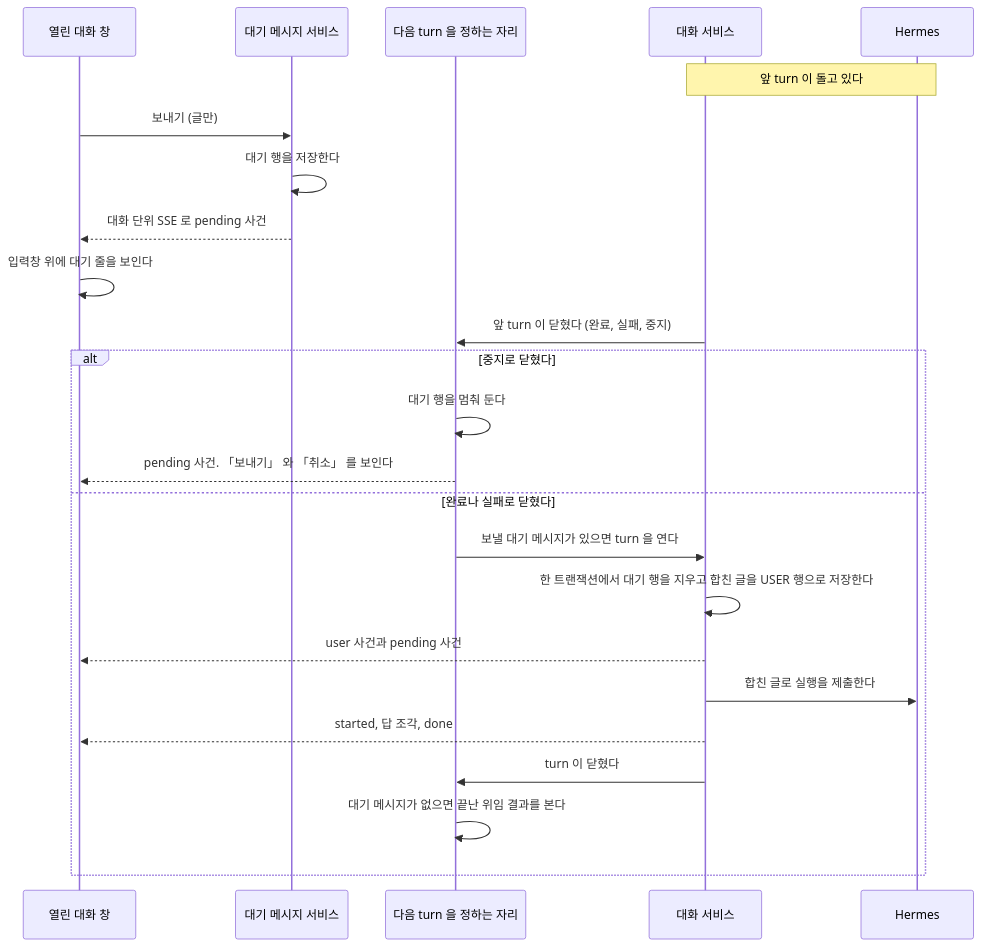
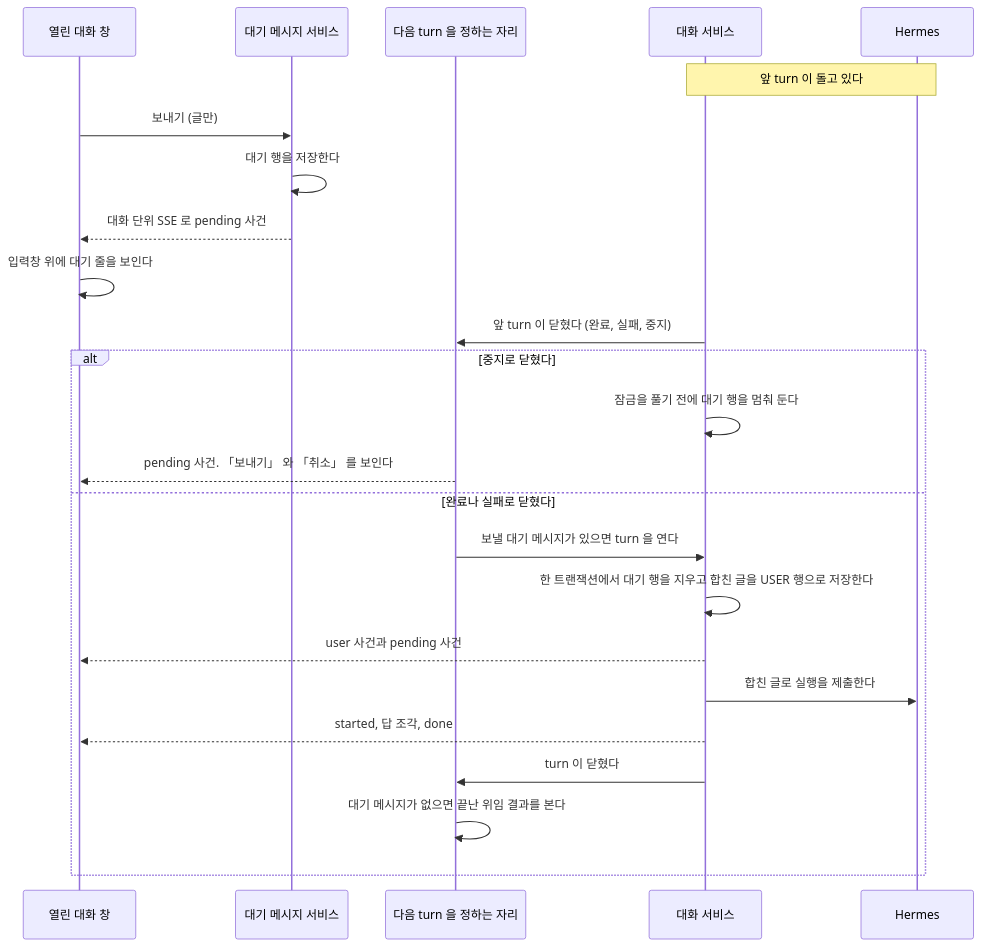
One commit to jon890/fos-assistant changed diagram 25 of 29 in docs/flow.md. Above: the diagram before and after it, drawn with Mermaid. The commit also changed other lines of this file and 6 other files, not shown here.

````diff
--- a/docs/flow.md
+++ b/docs/flow.md
@@ -1532,27 +1532,27 @@
 ```mermaid
 sequenceDiagram
     participant U as 열린 대화 창
     participant P as 대기 메시지 서비스
     participant N as 다음 turn 을 정하는 자리
     participant S as 대화 서비스
     participant H as Hermes
 
     Note over S,H: 앞 turn 이 돌고 있다
     U->>P: 보내기 (글만)
     P->>P: 대기 행을 저장한다
     P-->>U: 대화 단위 SSE 로 pending 사건
     U->>U: 입력창 위에 대기 줄을 보인다
     S->>N: 앞 turn 이 닫혔다 (완료, 실패, 중지)
     alt 중지로 닫혔다
-        N->>N: 대기 행을 멈춰 둔다
+        S->>S: 잠금을 풀기 전에 대기 행을 멈춰 둔다
         N-->>U: pending 사건. 「보내기」 와 「취소」 를 보인다
     else 완료나 실패로 닫혔다
         N->>S: 보낼 대기 메시지가 있으면 turn 을 연다
         S->>S: 한 트랜잭션에서 대기 행을 지우고 합친 글을 USER 행으로 저장한다
         S-->>U: user 사건과 pending 사건
         S->>H: 합친 글로 실행을 제출한다
         S-->>U: started, 답 조각, done
         S->>N: turn 이 닫혔다
         N->>N: 대기 메시지가 없으면 끝난 위임 결과를 본다
     end
 ```
````
